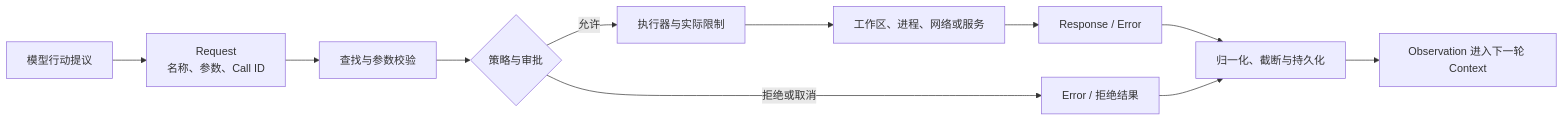
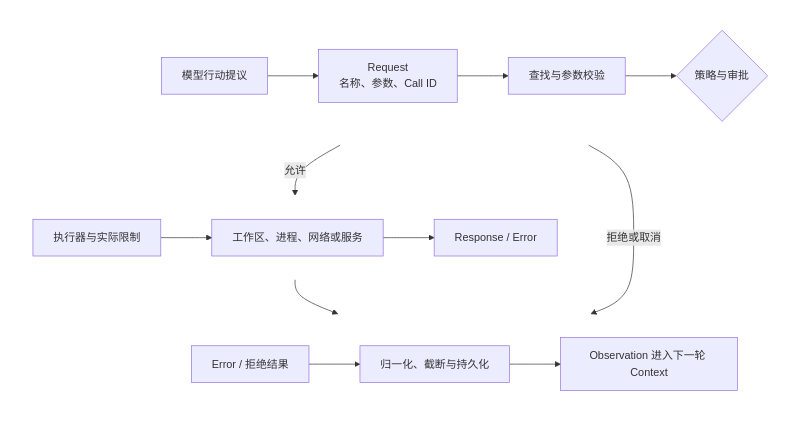
Before and after one commit to specialpointcentral/harness: the diagram in docs/harness-survey/08_tool_call_system.md, drawn with Mermaid. The commit also changed 18 other files, not shown here.

First line of the commit message:
docs: improve diagram layouts and tidy supporting files

````diff
--- a/docs/harness-survey/08_tool_call_system.md
+++ b/docs/harness-survey/08_tool_call_system.md
@@ -54,13 +54,24 @@
 ```mermaid
-flowchart LR
-  M[模型行动提议] --> Q[Request<br/>名称、参数、Call ID]
-  Q --> V[查找与参数校验]
-  V --> P{策略与审批}
-  P -->|允许| E[执行器与实际限制]
-  P -->|拒绝或取消| X[Error / 拒绝结果]
-  E --> W[工作区、进程、网络或服务]
-  W --> R[Response / Error]
-  R --> N[归一化、截断与持久化]
-  X --> N
-  N --> O[Observation 进入下一轮 Context]
+flowchart TB
+  subgraph R1[" "]
+    direction LR
+    M[模型行动提议] --> Q[Request<br/>名称、参数、Call ID]
+    Q --> V[查找与参数校验] --> P{策略与审批}
+  end
+  subgraph R2[" "]
+    direction LR
+    E[执行器与实际限制] --> W[工作区、进程、网络或服务]
+    W --> R[Response / Error]
+  end
+  subgraph R3[" "]
+    direction LR
+    X[Error / 拒绝结果] --> N[归一化、截断与持久化]
+    N --> O[Observation 进入下一轮 Context]
+  end
+  P -->|允许| E
+  P -->|拒绝或取消| X
+  R --> N
+  style R1 fill:none,stroke:none
+  style R2 fill:none,stroke:none
+  style R3 fill:none,stroke:none
 ```
````
